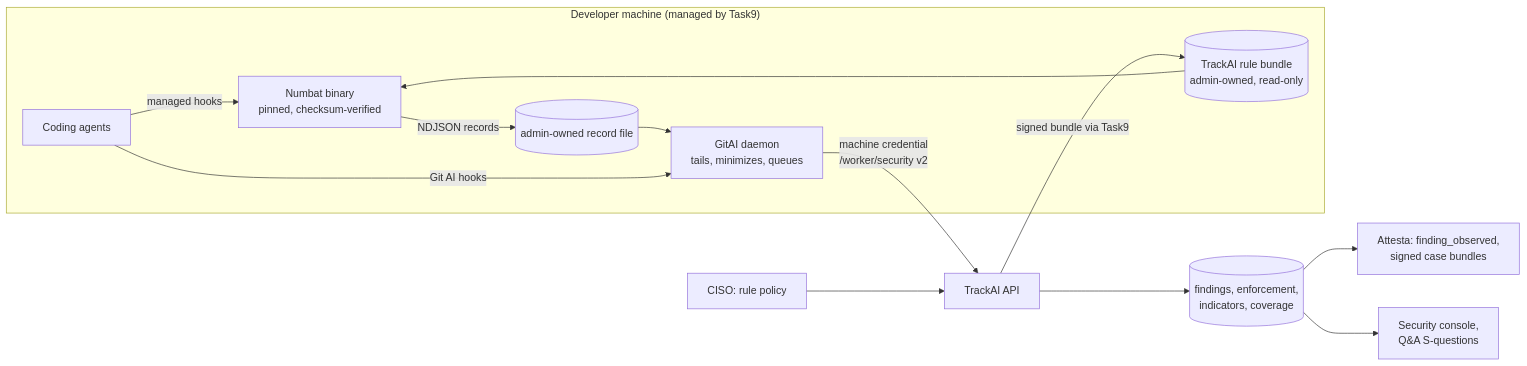
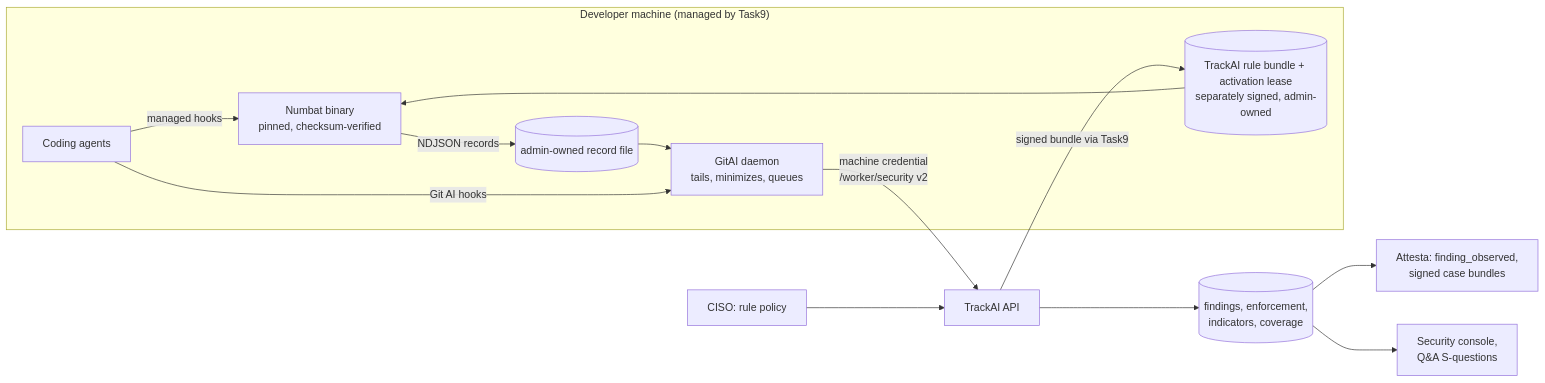
The diagram in docs/plan/NUMBAT_ADOPTION_REVIEW.md (mahamannu-ux/TrackAI-V1), drawn with Mermaid before and after one commit. The commit also changed other lines of this file and 2 other files, not shown here.

Commit message:
Task19-numbat-review: review fixes: pin the audited Numbat commit 20a5a52; keep policy_bundle and activation_lease separately signed, data settings inside the lease

````diff
--- a/docs/plan/NUMBAT_ADOPTION_REVIEW.md
+++ b/docs/plan/NUMBAT_ADOPTION_REVIEW.md
@@ -87,15 +87,15 @@
 ```mermaid
 flowchart LR
   subgraph Machine["Developer machine (managed by Task9)"]
     AG[Coding agents] -->|managed hooks| NB[Numbat binary<br/>pinned, checksum-verified]
-    POL[(TrackAI rule bundle<br/>admin-owned, read-only)] --> NB
+    POL[(TrackAI rule bundle + activation lease<br/>separately signed, admin-owned)] --> NB
     NB -->|NDJSON records| F[(admin-owned record file)]
     F --> GA[GitAI daemon<br/>tails, minimizes, queues]
     AG -->|Git AI hooks| GA
   end
   GA -->|machine credential<br/>/worker/security v2| API[TrackAI API]
   API --> DB[(findings, enforcement,<br/>indicators, coverage)]
   DB --> AT[Attesta: finding_observed,<br/>signed case bundles]
   DB --> UI[Security console,<br/>Q&A S-questions]
   ADM[CISO: rule policy] --> API -->|signed bundle via Task9| POL
 ```
````
